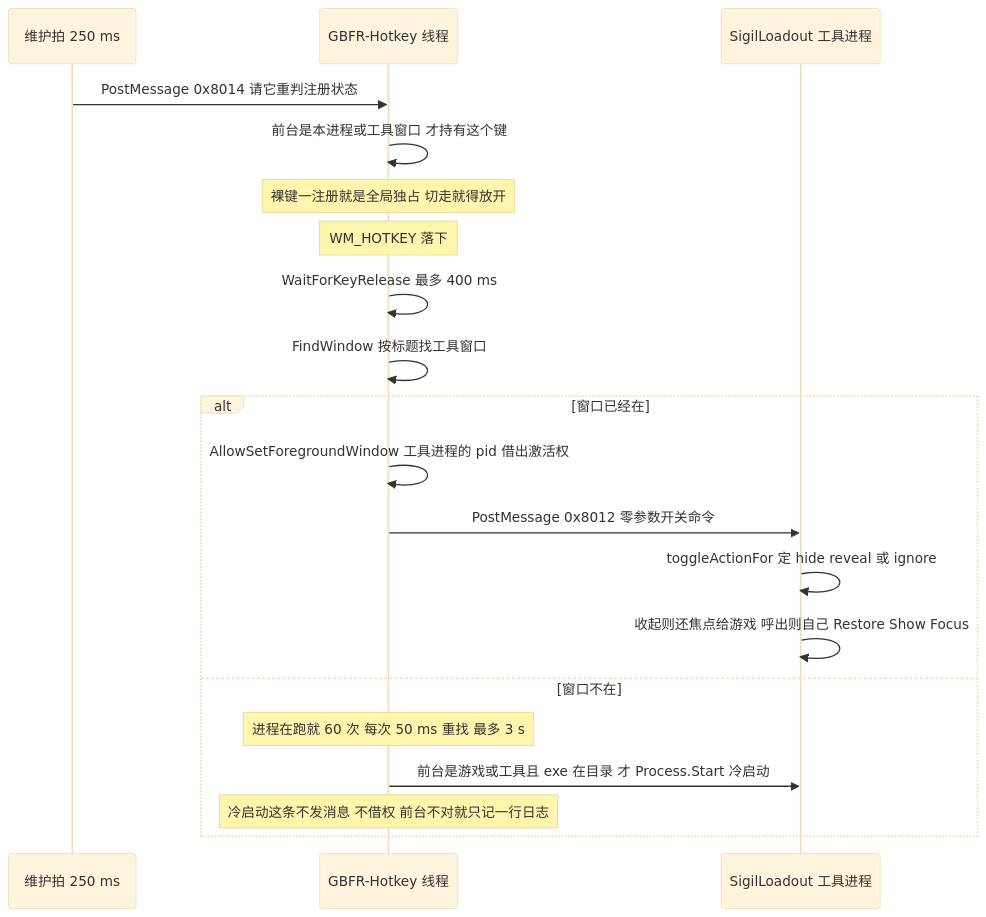
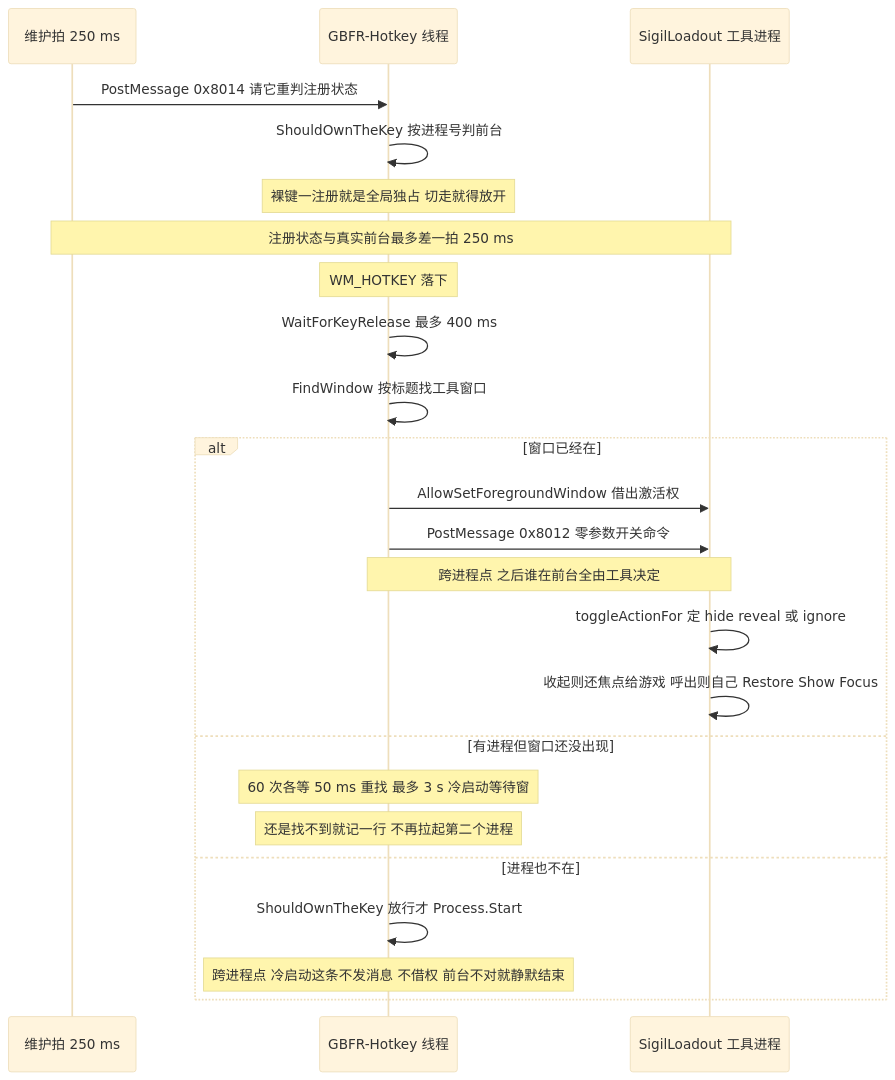
One commit to baagod/GBFR-Sigil-Loadout changed the first of 4 diagrams in openwiki/workflows/hotkey-summon.md. Above: the diagram before and after it, drawn with Mermaid (base theme). The commit also changed other lines of this file and 52 other files, not shown here.

````diff
--- a/openwiki/workflows/hotkey-summon.md
+++ b/openwiki/workflows/hotkey-summon.md
@@ -45,23 +45,27 @@
 ```mermaid
 sequenceDiagram
     participant Tick as 维护拍 250 ms
     participant HK as GBFR-Hotkey 线程
     participant Tool as SigilLoadout 工具进程
 
     Tick->>HK: PostMessage 0x8014 请它重判注册状态
-    HK->>HK: 前台是本进程或工具窗口 才持有这个键
+    HK->>HK: ShouldOwnTheKey 按进程号判前台
     Note over HK: 裸键一注册就是全局独占 切走就得放开
+    Note over Tick,Tool: 注册状态与真实前台最多差一拍 250 ms
     Note over HK: WM_HOTKEY 落下
     HK->>HK: WaitForKeyRelease 最多 400 ms
     HK->>HK: FindWindow 按标题找工具窗口
     alt 窗口已经在
-        HK->>HK: AllowSetForegroundWindow 工具进程的 pid 借出激活权
+        HK->>Tool: AllowSetForegroundWindow 借出激活权
         HK->>Tool: PostMessage 0x8012 零参数开关命令
+        Note over HK,Tool: 跨进程点 之后谁在前台全由工具决定
         Tool->>Tool: toggleActionFor 定 hide reveal 或 ignore
         Tool->>Tool: 收起则还焦点给游戏 呼出则自己 Restore Show Focus
-    else 窗口不在
-        Note over HK: 进程在跑就 60 次 每次 50 ms 重找 最多 3 s
-        HK->>Tool: 前台是游戏或工具且 exe 在目录 才 Process.Start 冷启动
-        Note over HK: 冷启动这条不发消息 不借权 前台不对就只记一行日志
+    else 有进程但窗口还没出现
+        Note over HK: 60 次各等 50 ms 重找 最多 3 s 冷启动等待窗
+        Note over HK: 还是找不到就记一行 不再拉起第二个进程
+    else 进程也不在
+        HK->>HK: ShouldOwnTheKey 放行才 Process.Start
+        Note over HK: 跨进程点 冷启动这条不发消息 不借权 前台不对就静默结束
     end
 ```
````
